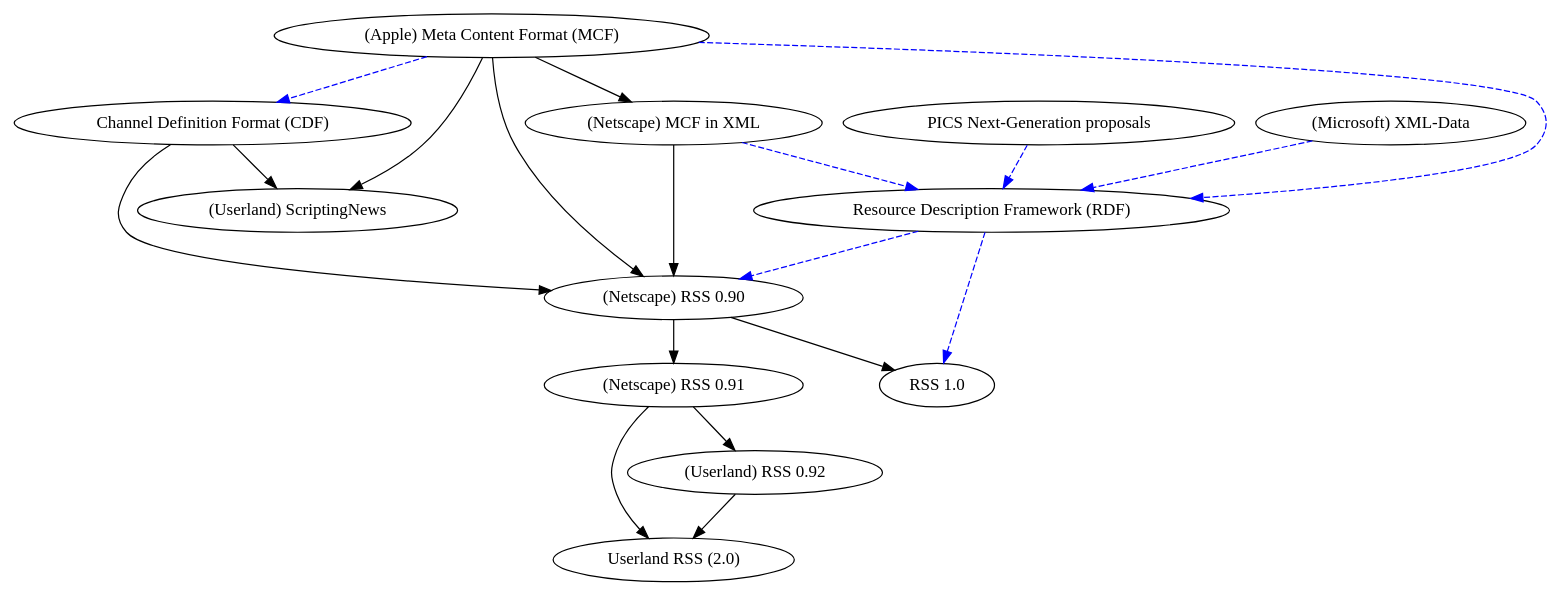
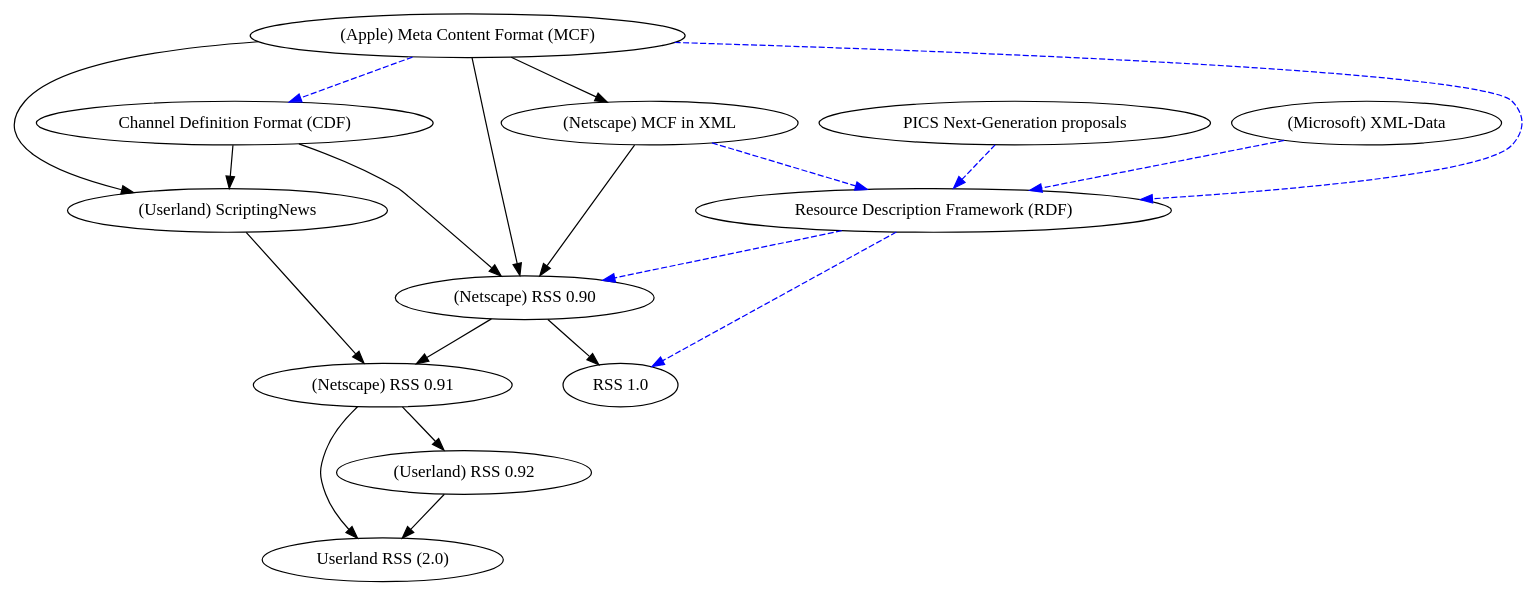
The diagram in rdfweb.org/htdocs/2003/05/rss/rss-family.dot (foaf/foaf), drawn with Graphviz before and after one commit. The commit also changed 1 other file, not shown here.

Commit message:
sn -> rss091

```diff
--- a/rdfweb.org/htdocs/2003/05/rss/rss-family.dot
+++ b/rdfweb.org/htdocs/2003/05/rss/rss-family.dot
@@ -1,45 +1,46 @@
 /* first draft. blue dotted means draws upon in part; other arrows indicate 
 based upon relationships */
 
 digraph rss  {
 	rss091 -> urss;
 	nsmcf -> rss090;
 	applemcf -> rss090;
 	mscdf -> rss090;
         rdf -> rss090 [style=dashed, color=blue];
 	applemcf -> sn;
 	applemcf -> mscdf [style=dashed, color=blue];
 	applemcf -> rdf [style=dashed, color=blue];
 	mscdf -> sn;
         nsmcf -> rdf [style=dashed, color=blue];
 	applemcf -> nsmcf;
 	picsng -> rdf [style=dashed, color=blue];
 	rss090 -> rss100;
 	msxmldata -> rdf [style=dashed, color=blue];
 	rss090 -> rss091;
+	sn -> rss091;
 	rss091 -> rss092;
 	rss092 -> urss;
 	rdf -> rss100 [style=dashed, color=blue];	
 	urss [label="Userland RSS (2.0)"];
 	rss100 [label="RSS 1.0"];
 	rdf [label="Resource Description Framework (RDF)"];
 	mscdf [label="Channel Definition Format (CDF)" ];
 	applemcf [label="(Apple) Meta Content Format (MCF)"];
 	nsmcf [label="(Netscape) MCF in XML"];
 	sn [label="(Userland) ScriptingNews"]; 
 	rss090 [label="(Netscape) RSS 0.90"];
 	rss091 [label="(Netscape) RSS 0.91"];
 	rss092 [label="(Userland) RSS 0.92"];
 	picsng [label="PICS Next-Generation proposals"];
 	msxmldata [label="(Microsoft) XML-Data"];
 	
 	}
 /*
 
  - Userland RSS descends from NetscapeRSS0.91 
  - NetscapeRSS0.90 descends from MCFinXML and AppleMCF and CDF and uses RDF. 
  -NetscapeRSS0.91 descends from RSS0.90 and scriptingNews 
  - scriptingNews descends from AppleMCF and CDF. 
  - CDF descends partly from AppleMCF. 
  - RDF descends partly from AppleMCF and MCFinXML (and various other proposals) - RSS 1.0 descends from NetscapeRSS0.90 and uses RDF. 
  */
```
